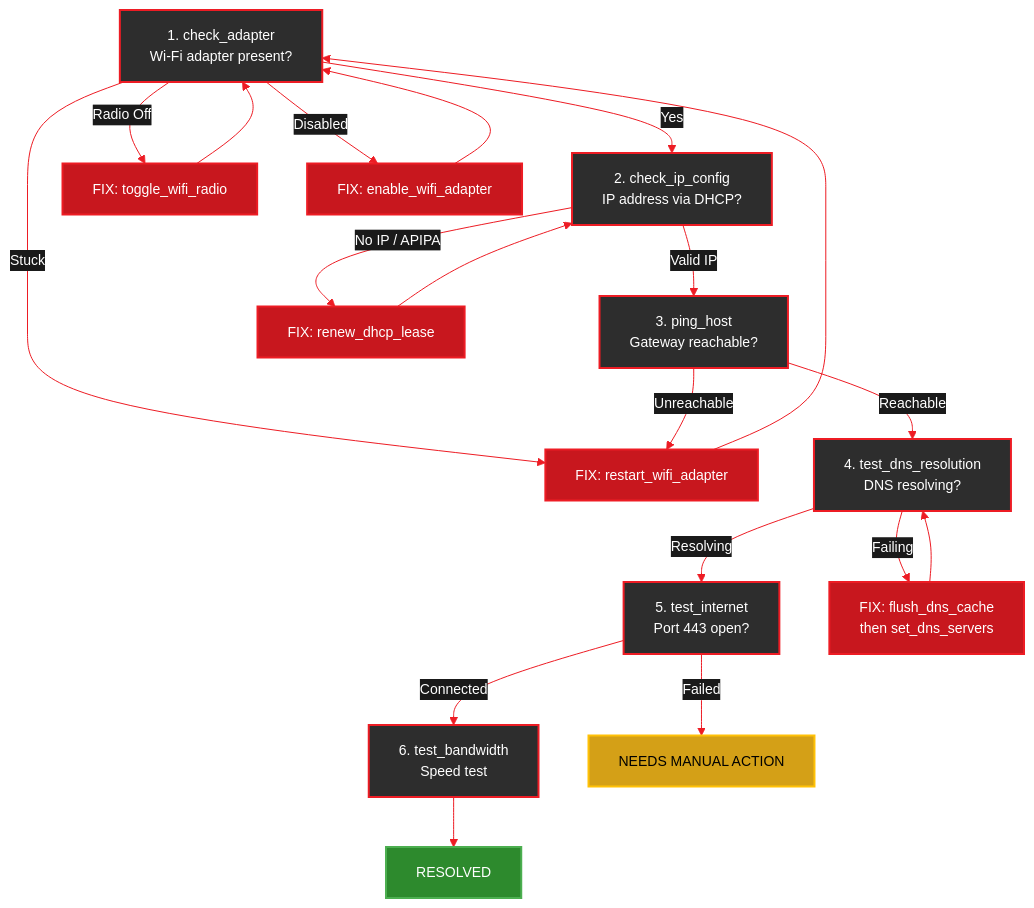
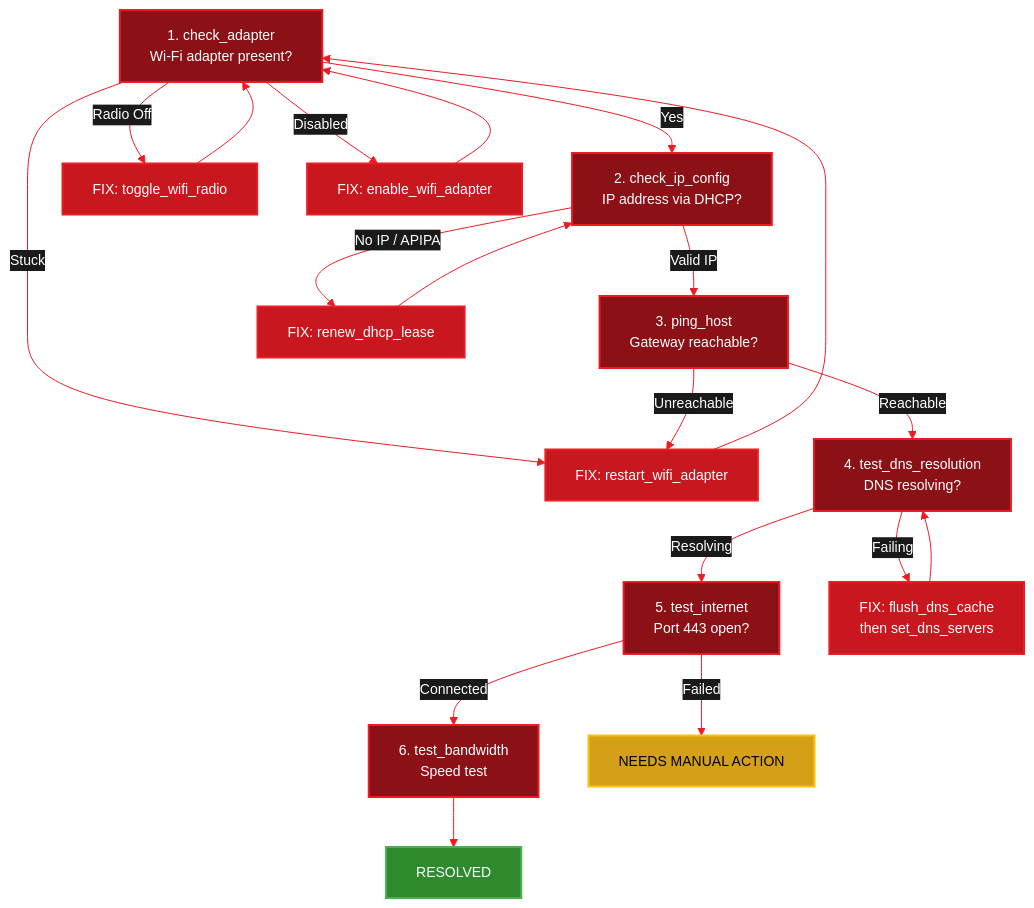
The second of 2 diagrams in docs/cpp/wifi-agent.mdx (amd/gaia), drawn with Mermaid before and after one commit. The commit also changed other lines of this file and 6 other files, not shown here.

````diff
--- a/docs/cpp/wifi-agent.mdx
+++ b/docs/cpp/wifi-agent.mdx
@@ -353,36 +353,36 @@
 ```mermaid
 %%{init: {'theme':'base', 'themeVariables': { 'primaryColor':'#ED1C24', 'fontSize':'14px', 'lineColor':'#ED1C24', 'primaryTextColor':'#fff', 'edgeLabelBackground':'#1a1a1a'}, 'flowchart': {'curve': 'basis'}}}%%
 flowchart TD
     A["1. check_adapter<br/>Wi-Fi adapter present?"] -->|Yes| B["2. check_ip_config<br/>IP address via DHCP?"]
     A -->|"Radio Off"| F4["FIX: toggle_wifi_radio"]
     A -->|"Disabled"| F5["FIX: enable_wifi_adapter"]
     A -->|"Stuck"| F1["FIX: restart_wifi_adapter"]
     B -->|Valid IP| C["3. ping_host<br/>Gateway reachable?"]
     B -->|No IP / APIPA| F2["FIX: renew_dhcp_lease"]
     C -->|Reachable| D["4. test_dns_resolution<br/>DNS resolving?"]
     C -->|Unreachable| F1
     D -->|Resolving| E["5. test_internet<br/>Port 443 open?"]
     D -->|Failing| F3["FIX: flush_dns_cache<br/>then set_dns_servers"]
     E -->|Connected| BW["6. test_bandwidth<br/>Speed test"]
     E -->|Failed| M["NEEDS MANUAL ACTION"]
     BW --> R["RESOLVED"]
     F1 --> A
     F2 --> B
     F3 --> D
     F4 --> A
     F5 --> A
 
-    style A fill:#2d2d2d,stroke:#ED1C24,stroke-width:2px,color:#fff
-    style B fill:#2d2d2d,stroke:#ED1C24,stroke-width:2px,color:#fff
-    style C fill:#2d2d2d,stroke:#ED1C24,stroke-width:2px,color:#fff
-    style D fill:#2d2d2d,stroke:#ED1C24,stroke-width:2px,color:#fff
-    style E fill:#2d2d2d,stroke:#ED1C24,stroke-width:2px,color:#fff
-    style BW fill:#2d2d2d,stroke:#ED1C24,stroke-width:2px,color:#fff
+    style A fill:#8B1117,stroke:#ED1C24,stroke-width:2px,color:#fff
+    style B fill:#8B1117,stroke:#ED1C24,stroke-width:2px,color:#fff
+    style C fill:#8B1117,stroke:#ED1C24,stroke-width:2px,color:#fff
+    style D fill:#8B1117,stroke:#ED1C24,stroke-width:2px,color:#fff
+    style E fill:#8B1117,stroke:#ED1C24,stroke-width:2px,color:#fff
+    style BW fill:#8B1117,stroke:#ED1C24,stroke-width:2px,color:#fff
     style F1 fill:#C8171E,stroke:#ED1C24,stroke-width:2px,color:#fff
     style F2 fill:#C8171E,stroke:#ED1C24,stroke-width:2px,color:#fff
     style F3 fill:#C8171E,stroke:#ED1C24,stroke-width:2px,color:#fff
     style F4 fill:#C8171E,stroke:#ED1C24,stroke-width:2px,color:#fff
     style F5 fill:#C8171E,stroke:#ED1C24,stroke-width:2px,color:#fff
     style R fill:#2d8a2d,stroke:#4CAF50,stroke-width:2px,color:#fff
     style M fill:#d4a017,stroke:#FFC107,stroke-width:2px,color:#000
 ```
````
